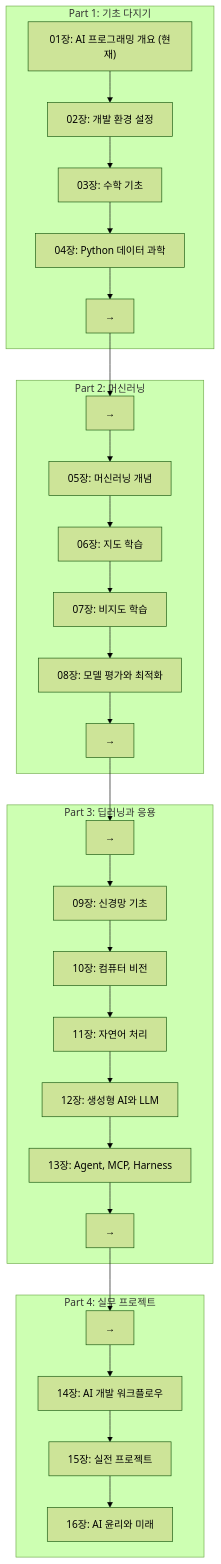
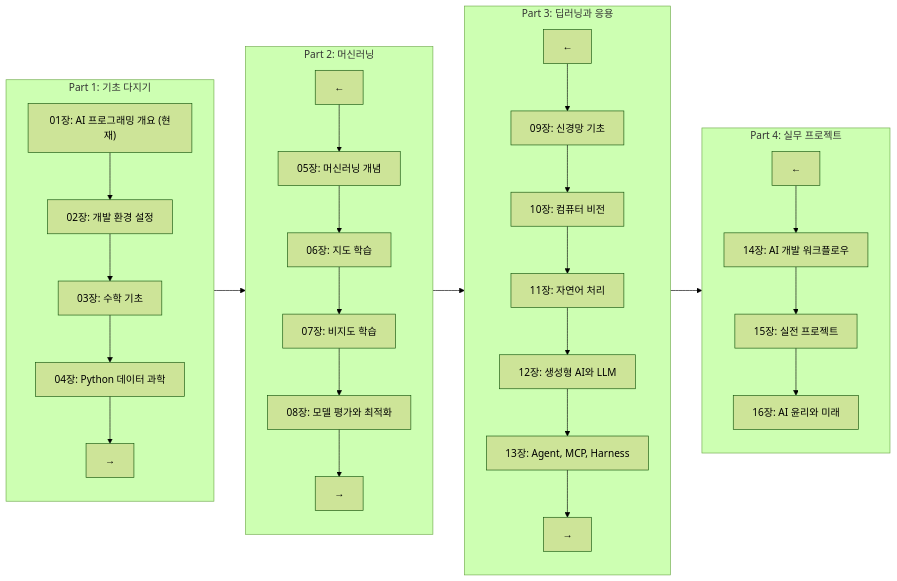
One commit to jingu279/Document changed the tenth of 10 diagrams in ai-programming/01_서론/01_AI란.md. Above: the diagram before and after it, drawn with Mermaid (forest theme). The commit also changed 1 other file, not shown here.

Commit message:
로드맵 방향: 수직(TB) → 수평(LR)으로 변경
- README + Ch1 로드맵 flowchart TB→LR (좌→우 흐름)
- 각 Part 내부는 direction TB 유지 (장들이 세로로 정렬)
- Ch1 로드맵 브릿지 노드 화살표 방향 수정 (←/→)

````diff
--- a/ai-programming/01_서론/01_AI란.md
+++ b/ai-programming/01_서론/01_AI란.md
@@ -336,43 +336,47 @@
 ```mermaid
-flowchart TB
+flowchart LR
   P1_Out["→"]
-  P2_In["→"]
+  P2_In["←"]
   P2_Out["→"]
-  P3_In["→"]
+  P3_In["←"]
   P3_Out["→"]
-  P4_In["→"]
+  P4_In["←"]
 
   subgraph Part1[Part 1: 기초 다지기]
+    direction TB
     C1["01장: AI 프로그래밍 개요 (현재)"] --> C2["02장: 개발 환경 설정"]
     C2 --> C3["03장: 수학 기초"]
     C3 --> C4["04장: Python 데이터 과학"]
     C4 --> P1_Out
   end
 
   subgraph Part2[Part 2: 머신러닝]
+    direction TB
     P2_In --> C5["05장: 머신러닝 개념"]
     C5 --> C6["06장: 지도 학습"]
     C6 --> C7["07장: 비지도 학습"]
     C7 --> C8["08장: 모델 평가와 최적화"]
     C8 --> P2_Out
   end
 
   subgraph Part3[Part 3: 딥러닝과 응용]
+    direction TB
     P3_In --> C9["09장: 신경망 기초"]
     C9 --> C10["10장: 컴퓨터 비전"]
     C10 --> C11["11장: 자연어 처리"]
     C11 --> C12["12장: 생성형 AI와 LLM"]
     C12 --> C13["13장: Agent, MCP, Harness"]
     C13 --> P3_Out
   end
 
   subgraph Part4[Part 4: 실무 프로젝트]
+    direction TB
     P4_In --> C14["14장: AI 개발 워크플로우"]
     C14 --> C15["15장: 실전 프로젝트"]
     C15 --> C16["16장: AI 윤리와 미래"]
   end
 
   P1_Out --> P2_In
   P2_Out --> P3_In
   P3_Out --> P4_In
 ```
````
